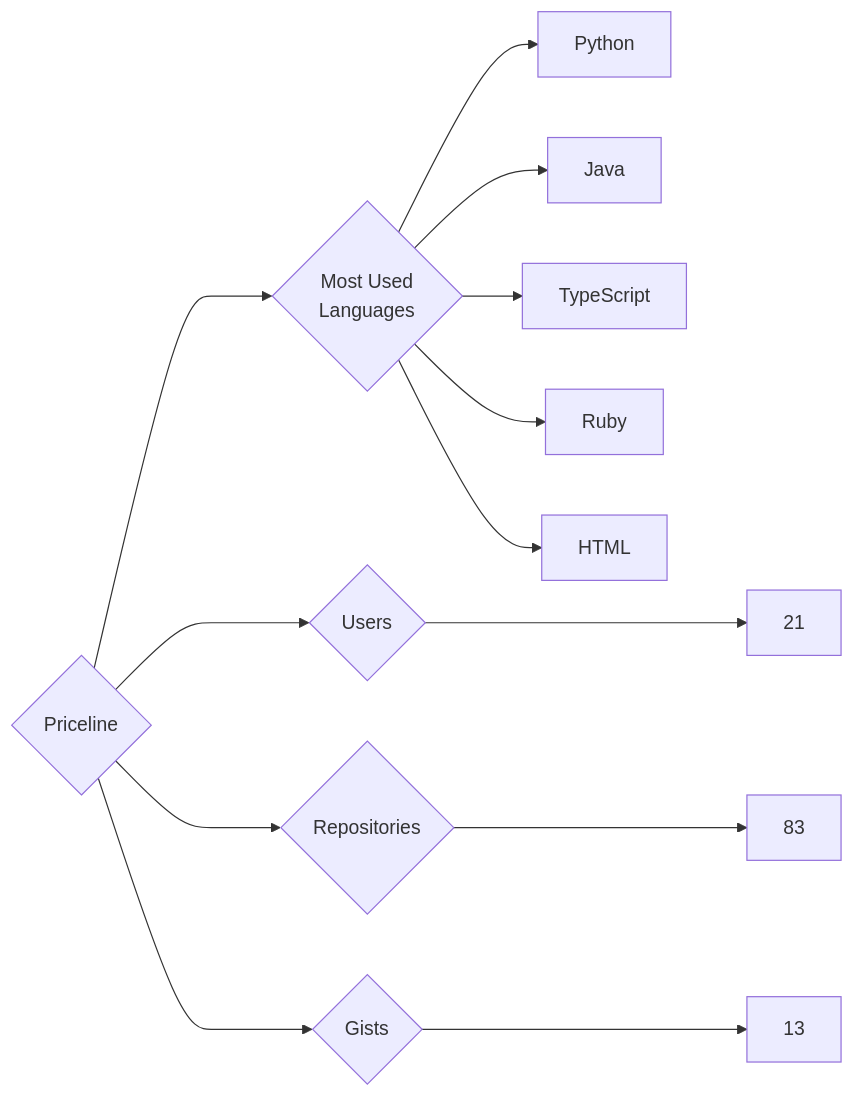
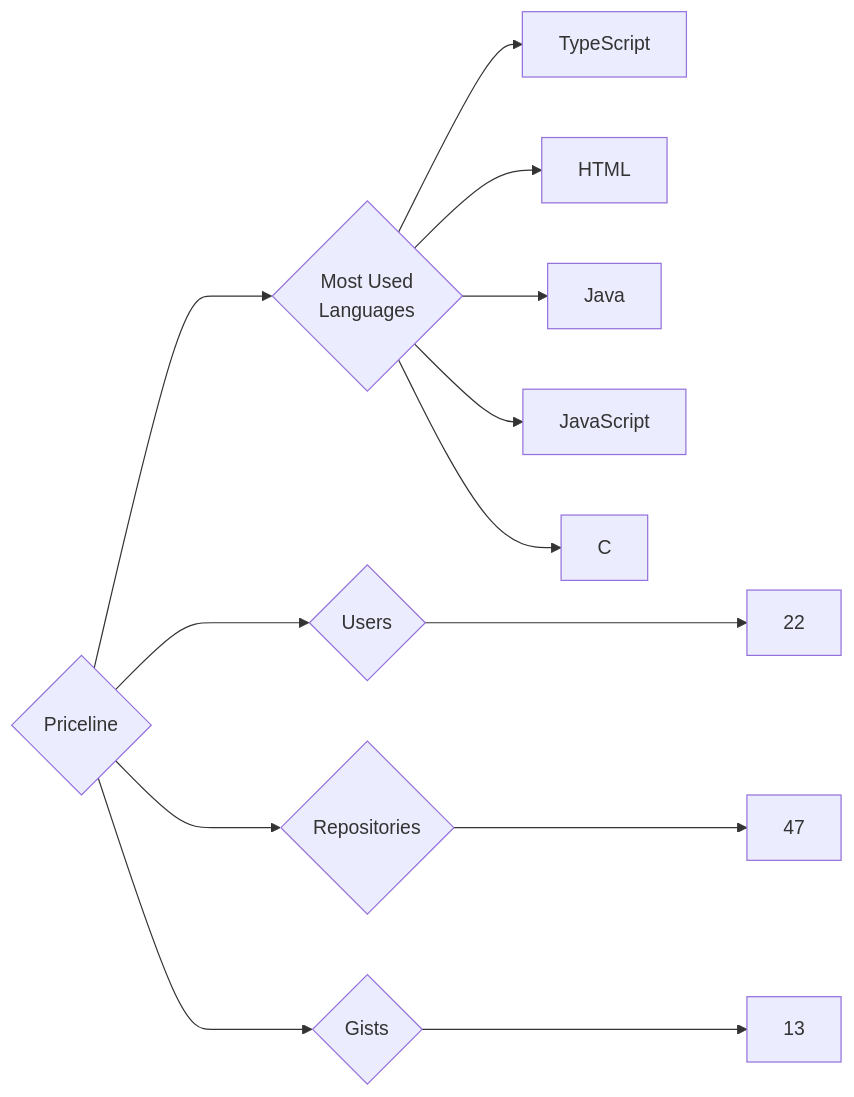
Before and after one commit to trickest/insiders: the diagram in targets/Priceline/README.md, drawn with Mermaid. The commit also changed 970 other files, not shown here.

````diff
--- a/targets/Priceline/README.md
+++ b/targets/Priceline/README.md
@@ -3,13 +3,13 @@
 ```mermaid
 graph LR
 COMPANY_NAME{Priceline}
-COMPANY_NAME ---> U{Users} ---> UN[21]
-COMPANY_NAME ---> R{Repositories} ---> RN[83]
+COMPANY_NAME ---> U{Users} ---> UN[22]
+COMPANY_NAME ---> R{Repositories} ---> RN[47]
 COMPANY_NAME ---> G{Gists} ---> GN[13]
 COMPANY_NAME ---> ML{Most Used<br>Languages}
-ML --> Python[Python]
+ML --> TypeScript[TypeScript]
+ML --> HTML[HTML]
 ML --> Java[Java]
-ML --> TypeScript[TypeScript]
-ML --> Ruby[Ruby]
-ML --> HTML[HTML]
+ML --> JavaScript[JavaScript]
+ML --> C[C]
 ```
````
